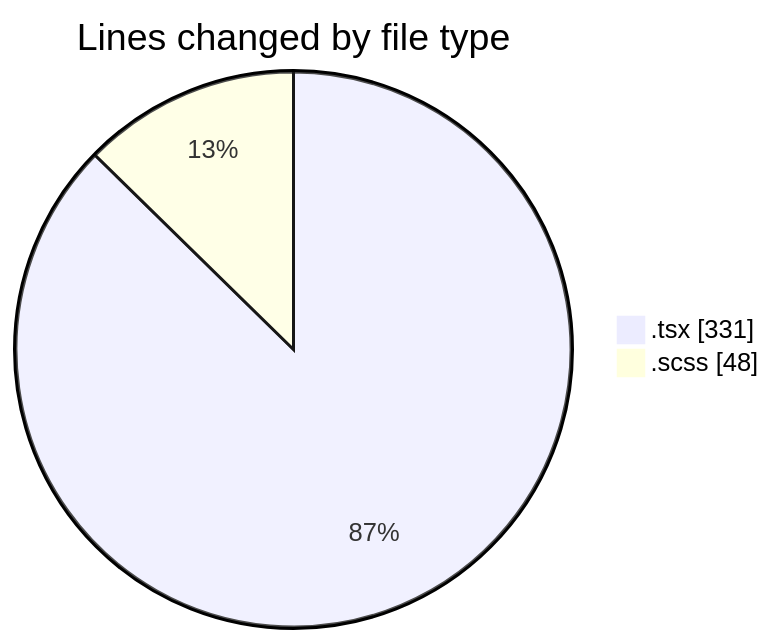
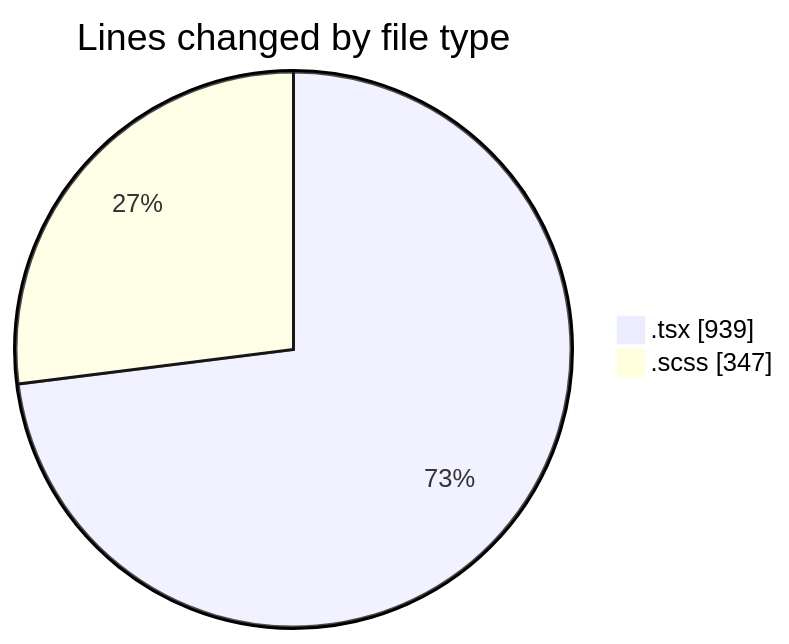
Before and after one commit to momahboobian/code-tracking: the first of 2 diagrams in 2026-08-26/cda/README.md, drawn with Mermaid. The commit also changed other lines of this file and 1 other file, not shown here.

````diff
--- a/2026-08-26/cda/README.md
+++ b/2026-08-26/cda/README.md
@@ -25,6 +29,6 @@
 ```mermaid
 pie showData
 title Lines changed by file type
-".tsx" : 331
-".scss" : 48
+".tsx" : 939
+".scss" : 347
 ```
````
